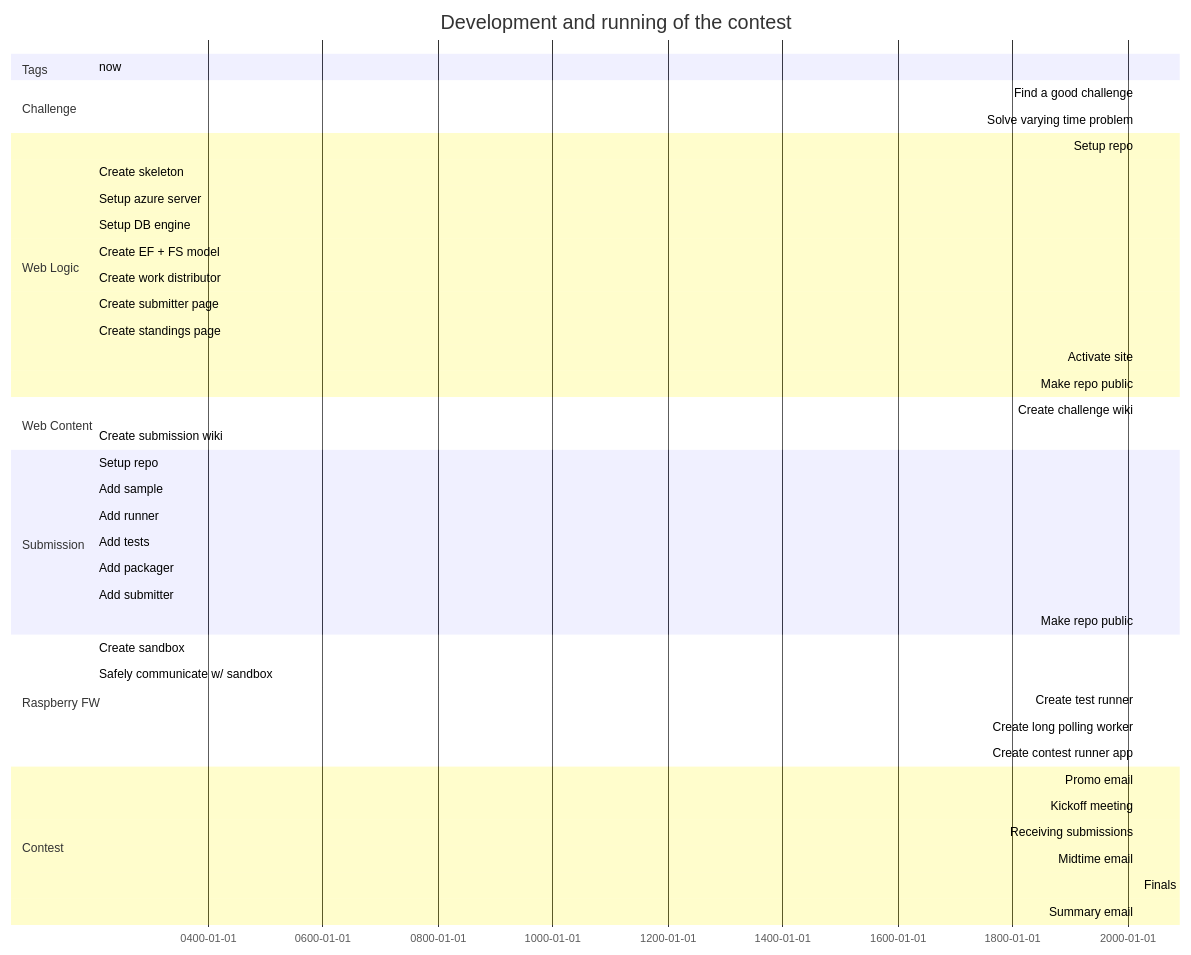
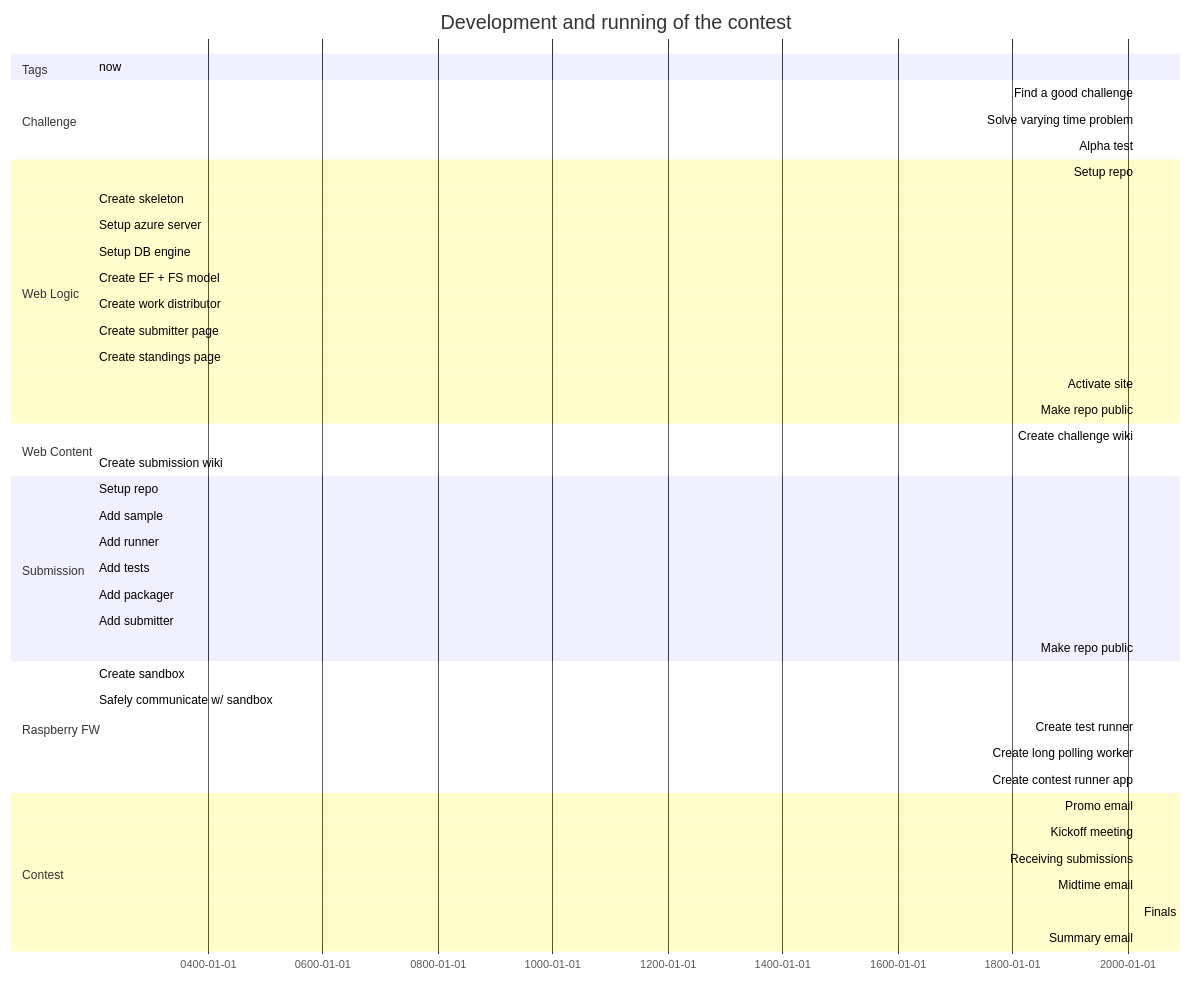
One commit to sanraith/evocontest changed the diagram in docs/timeline.md. Above: the diagram before and after it, drawn with Mermaid.

Commit message:
Minor update to timeline.

````diff
--- a/docs/timeline.md
+++ b/docs/timeline.md
@@ -8,57 +8,58 @@
 ```mermaid
 gantt
 title Development and running of the contest
 dateFormat YYYY-MM-DD
 
 section Tags
-    now: now, 201-06-21, 0d
+    now: now, 201-06-24, 0d
 
 section Challenge
-    Find a good challenge: active, challengeFind, 2019-06-21, 2d
+    Find a good challenge: active, challengeFind, 2019-06-25, 2d
     Solve varying time problem: challengeTime, after challengeFind, 2d
+    Alpha test: after challengeTime, 3d
 
 section Web Logic
     Setup repo: done, 2019-06-18, 2d
     Create skeleton: webSkeleton, after now, 1d
 
     Setup azure server: webAzureSetup, after webSkeleton, 1d
     Setup DB engine: webPickDb, after webAzureSetup, 1d
 
     Create EF + FS model: webModel, after webSkeleton, 1d
     
     Create work distributor: webDistributor, after webModel, 2d
     
     Create submitter page: webSubmitter, after webDistributor, 3d
     Create standings page: after webSubmitter, 1d
 
     Activate site: crit, webActivate, 2019-09-08, 2h
     Make repo public: after webActivate, 2h
 
 section Web Content
     Create challenge wiki: after challengeFind, 1d
     Create submission wiki: webWiki, after subPackager, 1d
 
 section Submission
     Setup repo: subRepo, after now, 1d
     Add sample: subSample, after subRepo, 1d
     Add runner: after subRepo, 1d
     Add tests: after subSample, 1d
     Add packager: subPackager, after subSample, 1d
     Add submitter: after subPackager, 1d
     Make repo public: crit, after webActivate, 2h
 
 section Raspberry FW
     Create sandbox: rpiSandbox, after now, 1d
     Safely communicate w/ sandbox: rpiSandComm, after rpiSandbox, 1d
     Create test runner: rpiRunner, after challengeTime, 2d
     Create long polling worker: after rpiRunner, 1d
     Create contest runner app: 3d
 
 section Contest
     Promo email: 2019-09-05, 1h
     Kickoff meeting: contestKickoff, 2019-09-09, 2h
     Receiving submissions: contestRunning, after contestKickoff, 11d
     Midtime email: 2019-09-16, 1h
     Finals: after contestRunning, 1d
     Summary email: 2019-09-23, 1h
 ```
````
